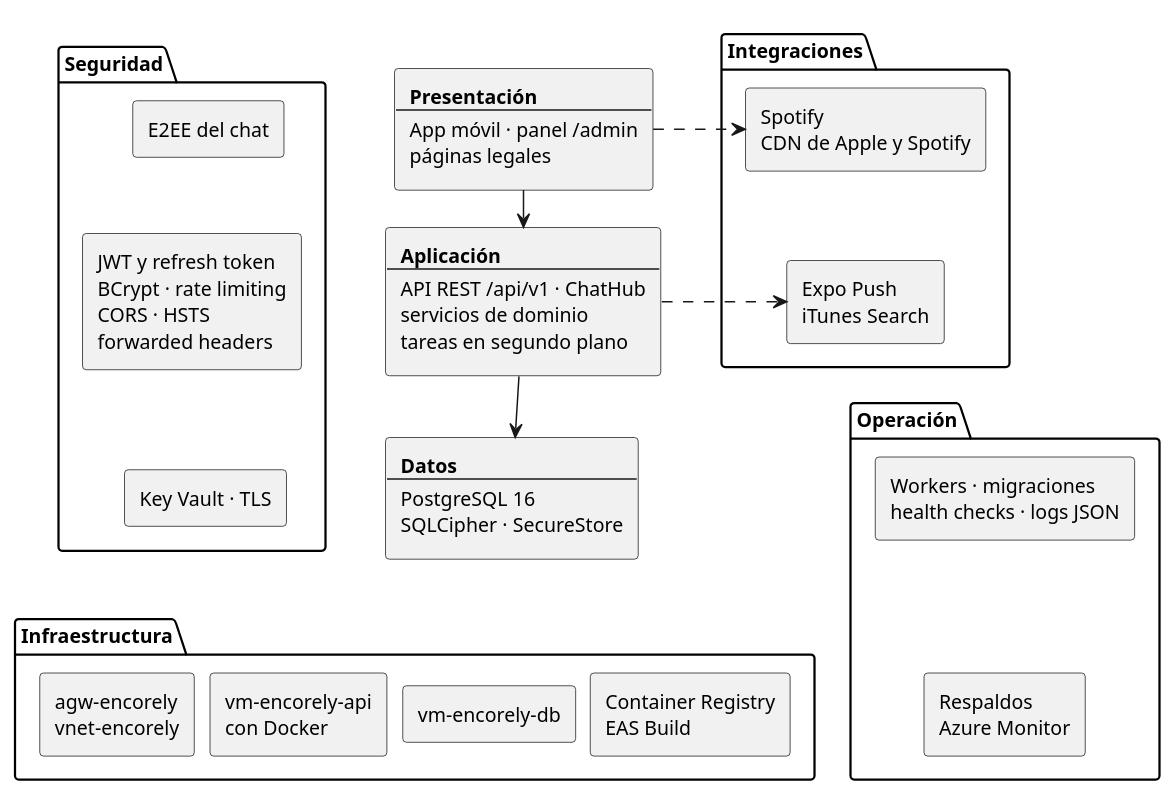
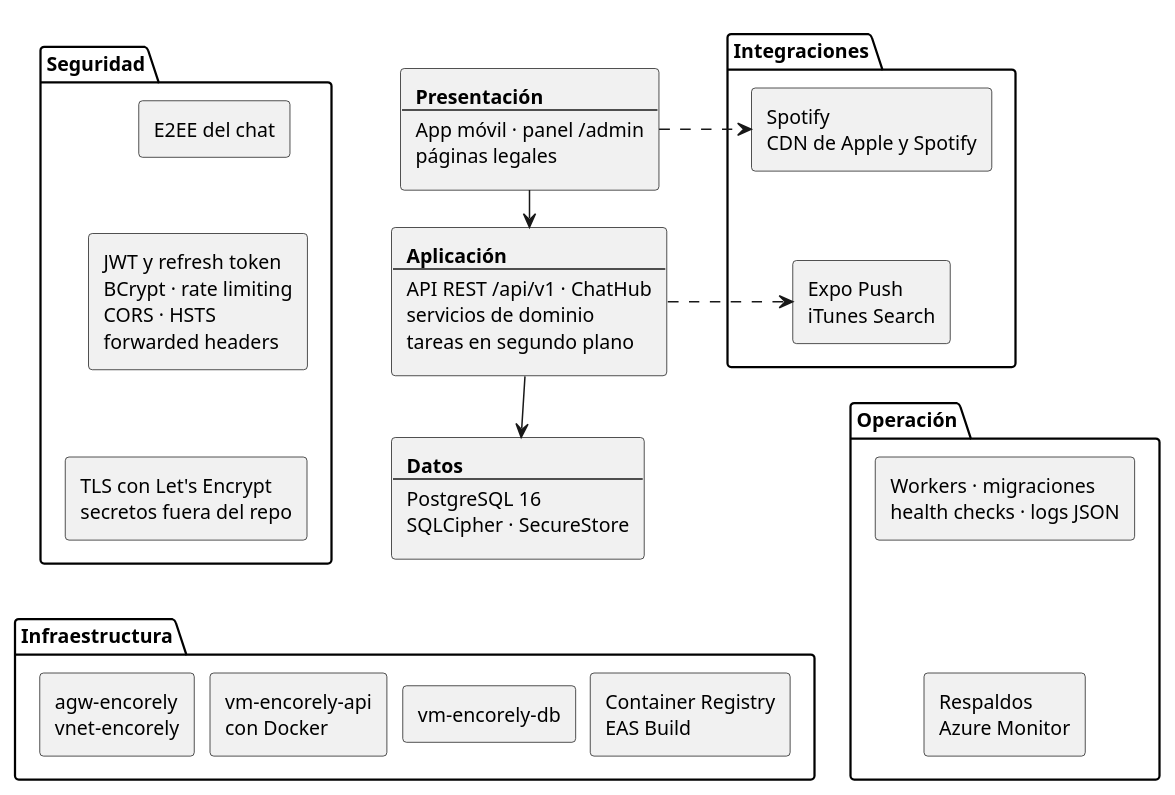
One commit to EncorelyHQ/encorly_back changed the first of 10 diagrams in docs/MANUAL-TECNICO-SISTEMA-AVANCE.md. Above: the diagram before and after it, drawn with PlantUML. The commit also changed other lines of this file and 4 other files, not shown here.

````diff
--- a/docs/MANUAL-TECNICO-SISTEMA-AVANCE.md
+++ b/docs/MANUAL-TECNICO-SISTEMA-AVANCE.md
@@ -288,57 +299,57 @@
 ```plantuml
 @startuml
 skinparam monochrome true
 skinparam defaultFontName Archivo
 skinparam defaultFontSize 13
 skinparam shadowing false
 skinparam componentStyle uml2
 skinparam ranksep 25
 skinparam nodesep 10
 skinparam rectangle<<capas>> {
   BorderColor transparent
   BackgroundColor transparent
 }
 hide stereotype
 top to bottom direction
 package "Seguridad" {
   rectangle "E2EE del chat" as S1
   rectangle "JWT y refresh token\nBCrypt · rate limiting\nCORS · HSTS\nforwarded headers" as S2
-  rectangle "Key Vault · TLS" as S3
+  rectangle "TLS con Let's Encrypt\nsecretos fuera del repo" as S3
 }
 rectangle " " <<capas>> {
   rectangle "**Presentación**\n----\nApp móvil · panel /admin\npáginas legales" as PRE
   rectangle "**Aplicación**\n----\nAPI REST /api/v1 · ChatHub\nservicios de dominio\ntareas en segundo plano" as APL
   rectangle "**Datos**\n----\nPostgreSQL 16\nSQLCipher · SecureStore" as DAT
 }
 package "Integraciones" {
   rectangle "Spotify\nCDN de Apple y Spotify" as I1
   rectangle "Expo Push\niTunes Search" as I2
 }
 package "Operación" {
   rectangle "Workers · migraciones\nhealth checks · logs JSON" as O1
   rectangle "Respaldos\nAzure Monitor" as O2
 }
 package "Infraestructura" {
   rectangle "agw-encorely\nvnet-encorely" as F1
   rectangle "vm-encorely-api\ncon Docker" as F2
   rectangle "vm-encorely-db" as F3
   rectangle "Container Registry\nEAS Build" as F4
 }
 PRE --> APL
 APL --> DAT
 S1 -[hidden]down- S2
 S2 -[hidden]down- S3
 S1 -[hidden]right- PRE
 S2 -[hidden]right- APL
 S3 -[hidden]right- DAT
 PRE .right.> I1
 APL .right.> I2
 I1 -[hidden]down- I2
 I2 -[hidden]down- O1
 O1 -[hidden]down- O2
 DAT -[hidden]down- F2
 F1 -[hidden]right- F2
 F2 -[hidden]right- F3
 F3 -[hidden]right- F4
 @enduml
 ```
````
